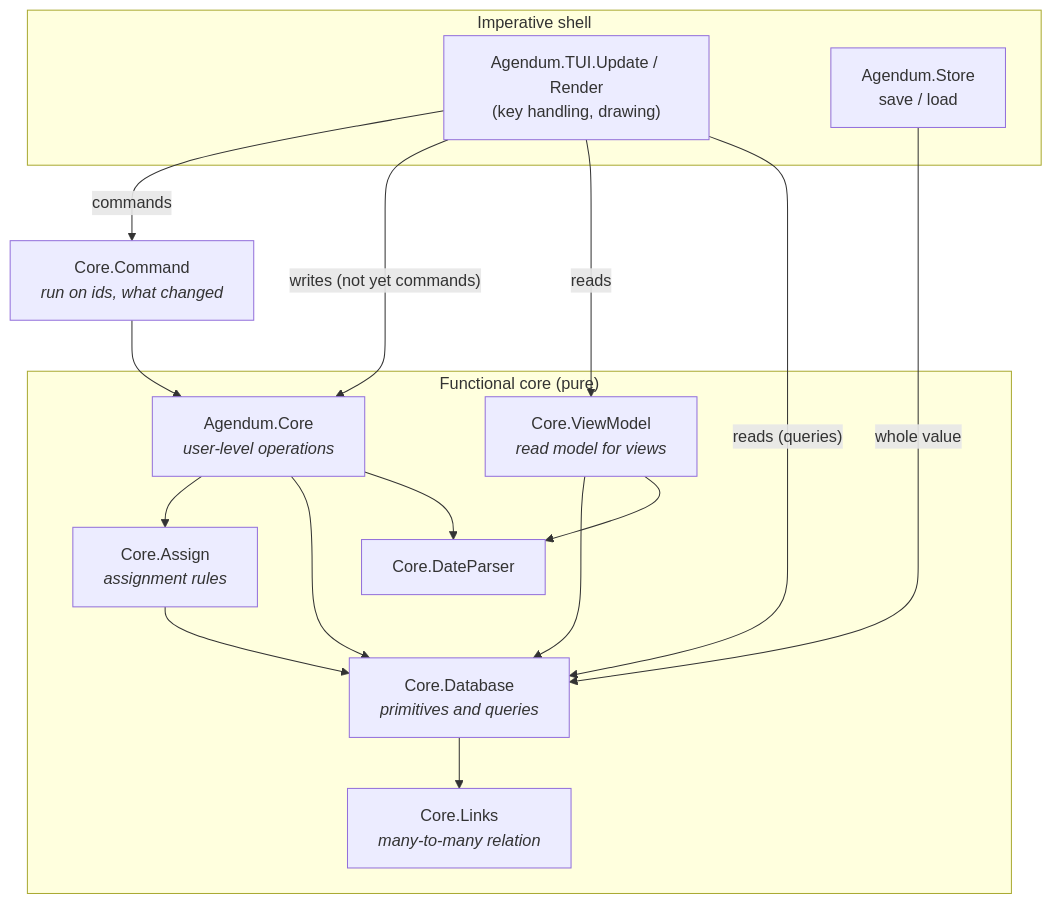
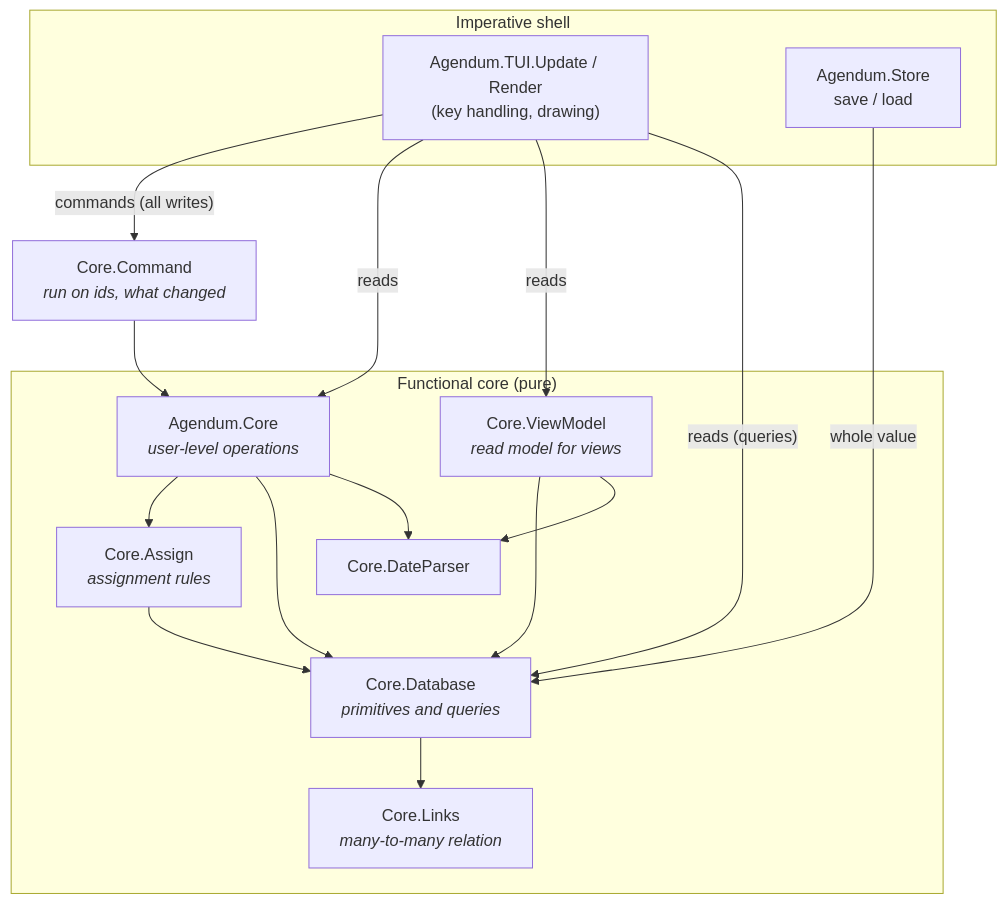
The first of 7 diagrams in docs/DATA_ACCESS.md (jamting/agendum), drawn with Mermaid before and after one commit. The commit also changed other lines of this file and 5 other files, not shown here.

````diff
--- a/docs/DATA_ACCESS.md
+++ b/docs/DATA_ACCESS.md
@@ -9,28 +9,28 @@
 ```mermaid
 flowchart TB
     subgraph shell ["Imperative shell"]
         TUI["Agendum.TUI.Update / Render<br/>(key handling, drawing)"]
         Store["Agendum.Store<br/>save / load"]
     end
     subgraph core ["Functional core (pure)"]
         Facade["Agendum.Core<br/><i>user-level operations</i>"]
         VM["Core.ViewModel<br/><i>read model for views</i>"]
         Assign["Core.Assign<br/><i>assignment rules</i>"]
         DB["Core.Database<br/><i>primitives and queries</i>"]
         DP["Core.DateParser"]
         Links["Core.Links<br/><i>many-to-many relation</i>"]
     end
-    TUI -- "commands" --> Cmd["Core.Command<br/><i>run on ids, what changed</i>"]
+    TUI -- "commands (all writes)" --> Cmd["Core.Command<br/><i>run on ids, what changed</i>"]
     Cmd --> Facade
-    TUI -- "writes (not yet commands)" --> Facade
+    TUI -- "reads" --> Facade
     TUI -- "reads" --> VM
     TUI -- "reads (queries)" --> DB
     Store -- "whole value" --> DB
     Facade --> Assign
     Facade --> DB
     Facade --> DP
     VM --> DB
     VM --> DP
     Assign --> DB
     DB --> Links
 ```
````
